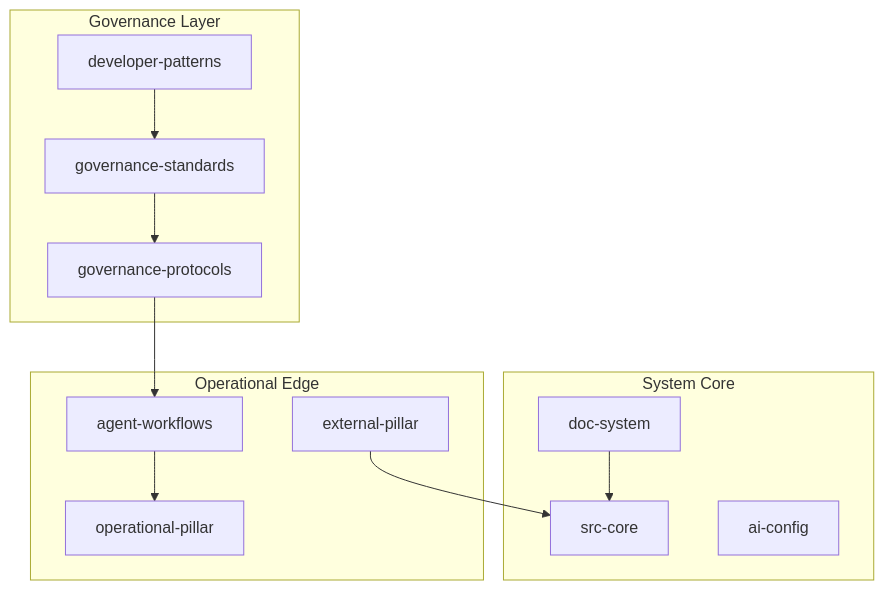
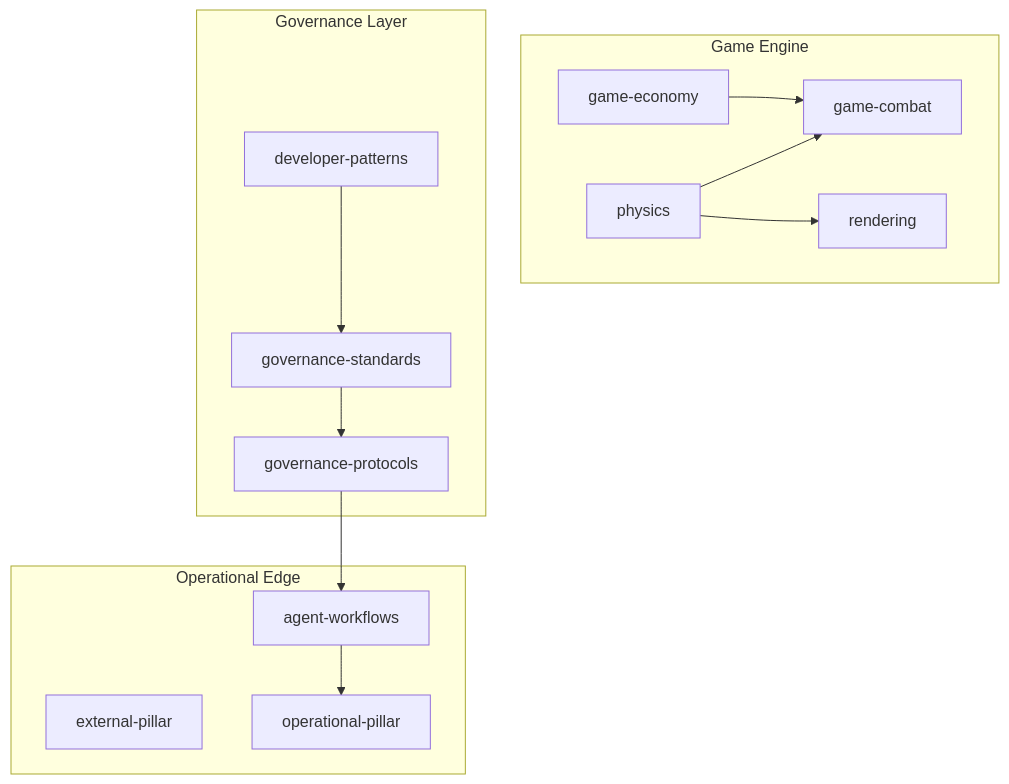
One commit to Gizmo4Life/space-game changed the diagram in docs/architecture/module/readme.md. Above: the diagram before and after it, drawn with Mermaid. The commit also changed other lines of this file and 10 other files, not shown here.

````diff
--- a/docs/architecture/module/readme.md
+++ b/docs/architecture/module/readme.md
@@ -12,25 +12,27 @@
 ```mermaid
 graph TD
-    subgraph System Core
-        Core[src-core]
-        Sys[doc-system]
-        AI[ai-config]
+    subgraph Game Engine
+        Phys[physics]
+        Rend[rendering]
+        Comb[game-combat]
+        Econ[game-economy]
     end
     subgraph Governance Layer
         Prot[governance-protocols]
         Stan[governance-standards]
         Pat[developer-patterns]
     end
     subgraph Operational Edge
         Work[agent-workflows]
         Ext[external-pillar]
         Ops[operational-pillar]
     end
 
-    Sys --> Core
+    Phys --> Comb
+    Phys --> Rend
+    Econ --> Comb
     Pat --> Stan
     Stan --> Prot
     Prot --> Work
     Work --> Ops
-    Ext --> Core
 ```
````
